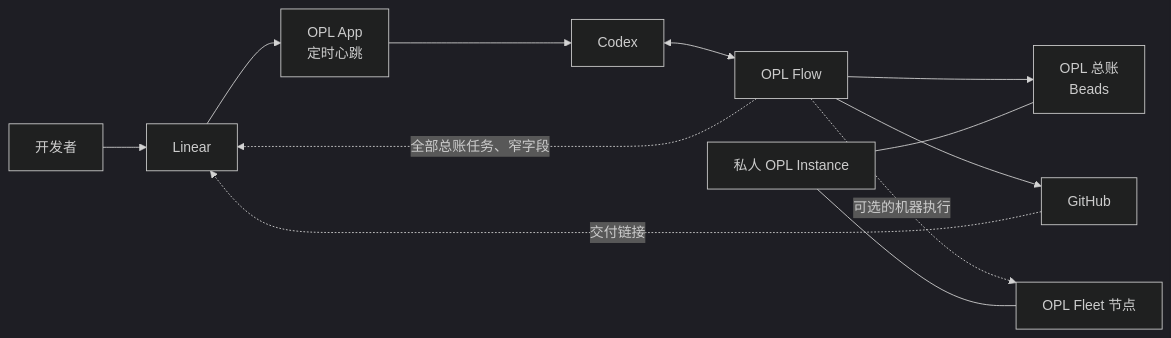
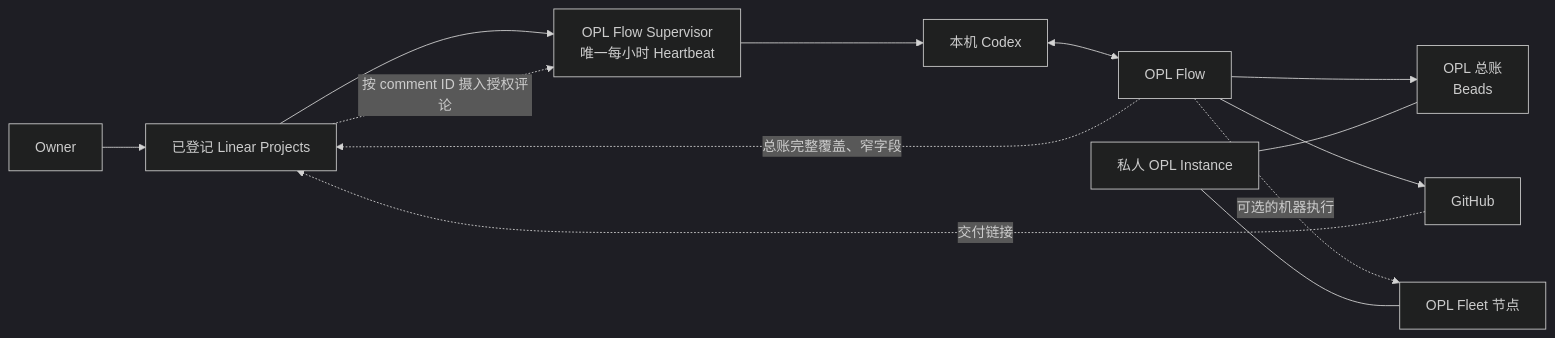
One commit to gaofeng21cn/opl-flow changed the diagram in README.zh-CN.md. Above: the diagram before and after it, drawn with Mermaid (dark theme). The commit also changed other lines of this file and 9 other files, not shown here.

Commit message:
feat(flow): formalize supervised ledger onboarding

````diff
--- a/README.zh-CN.md
+++ b/README.zh-CN.md
@@ -48,14 +52,15 @@
 ```mermaid
 flowchart LR
-    U[开发者] --> L[Linear]
-    L --> A[OPL App<br/>定时心跳]
-    A --> C[Codex]
+    U[Owner] --> L[已登记 Linear Projects]
+    L --> S[OPL Flow Supervisor<br/>唯一每小时 Heartbeat]
+    S --> C[本机 Codex]
     C <--> F[OPL Flow]
     F --> B[OPL 总账<br/>Beads]
     F --> G[GitHub]
     F -. 可选的机器执行 .-> N[OPL Fleet 节点]
-    F -. 全部总账任务、窄字段 .-> L
+    F -. 总账完整覆盖、窄字段 .-> L
+    L -. 按 comment ID 摄入授权评论 .-> S
     G -. 交付链接 .-> L
     I[私人 OPL Instance] --- B
     I --- N
 ```
````
